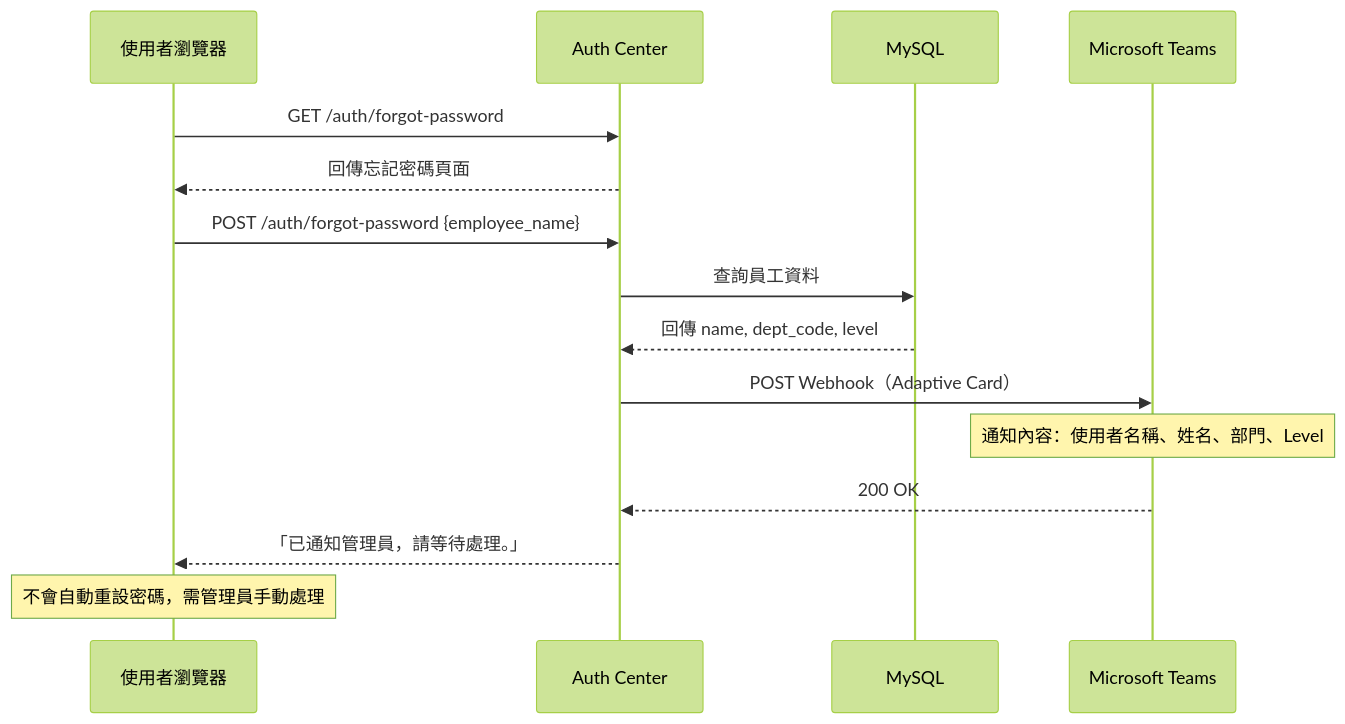
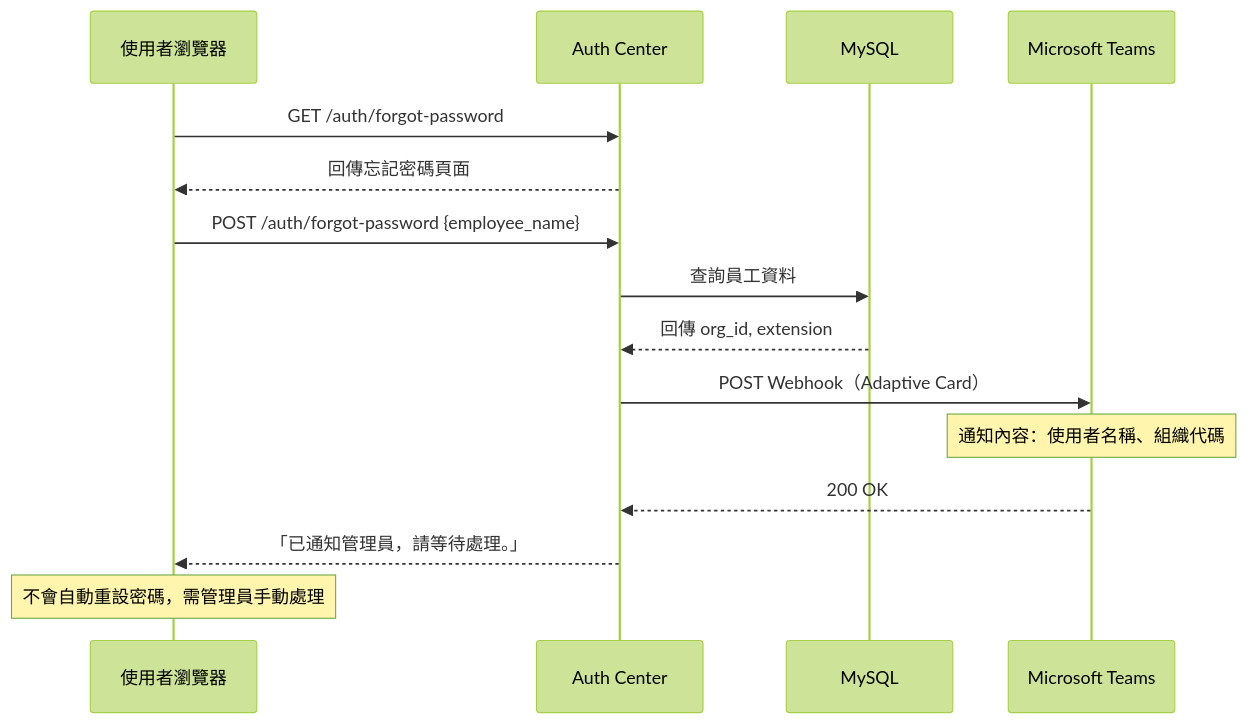
Before and after one commit to bwinken/authcenter: the fourth of 7 diagrams in README.md, drawn with Mermaid (forest theme). The commit also changed other lines of this file and 20 other files, not shown here.

First line of the commit message:
feat: align MySQL schema and migrate to per-app level permissions

````diff
--- a/README.md
+++ b/README.md
@@ -491,19 +490,19 @@
 ```mermaid
 sequenceDiagram
     participant U as 使用者瀏覽器
     participant C as Auth Center
     participant M as MySQL
     participant T as Microsoft Teams
 
     U->>C: GET /auth/forgot-password
     C-->>U: 回傳忘記密碼頁面
 
     U->>C: POST /auth/forgot-password {employee_name}
     C->>M: 查詢員工資料
-    M-->>C: 回傳 name, dept_code, level
+    M-->>C: 回傳 org_id, extension
     C->>T: POST Webhook（Adaptive Card）
-    Note over T: 通知內容：使用者名稱、姓名、部門、Level
+    Note over T: 通知內容：使用者名稱、組織代碼
     T-->>C: 200 OK
     C-->>U: 「已通知管理員，請等待處理。」
     Note over U: 不會自動重設密碼，需管理員手動處理
 ```
````
